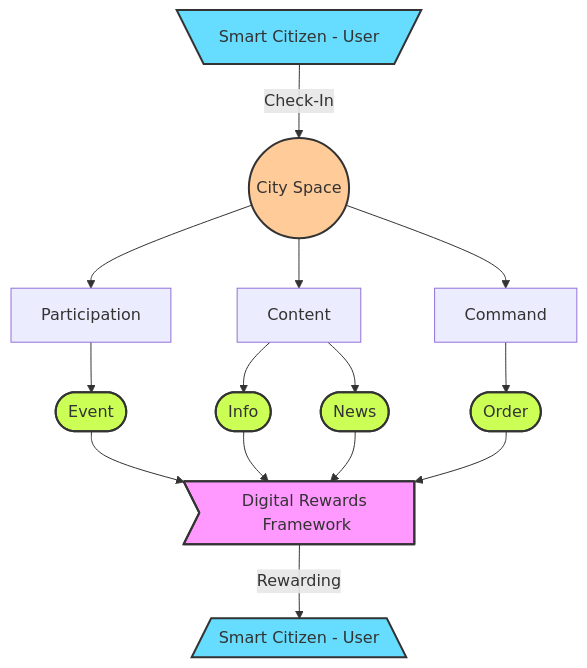
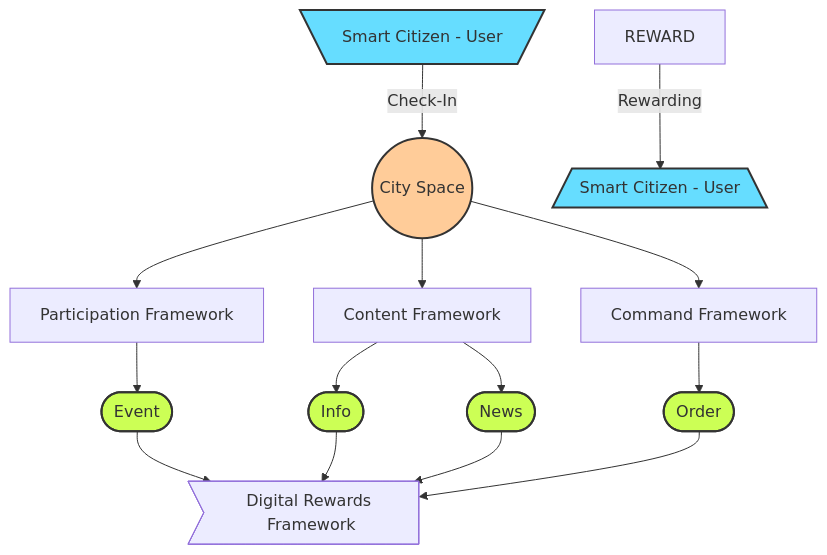
One commit to cityos-work/cityos-dev changed the second of 2 diagrams in pages/roadmap.md. Above: the diagram before and after it, drawn with Mermaid.

````diff
--- a/pages/roadmap.md
+++ b/pages/roadmap.md
@@ -80,24 +80,23 @@
 ```mermaid
 graph TB;
     USER[\Smart Citizen - User/]-- Check-In -->SPACE((City Space));
-    SPACE-->PARTICIPATION[Participation];
-    SPACE-->CONTENT[Content];
-    SPACE-->COMMAND[Command];
+    SPACE-->PARTICIPATION[Participation Framework];
+    SPACE-->CONTENT[Content Framework];
+    SPACE-->COMMAND[Command Framework];
     PARTICIPATION-->EVENT([Event]);
     CONTENT-->INFO([Info]);
     CONTENT-->NEWS([News]);
     COMMAND-->ORDER([Order]);
-    EVENT-->REWARD;
-    INFO-->REWARD;
-    NEWS-->REWARD;
-    ORDER-->REWARD>Digital Rewards Framework];
+    EVENT-->REWARDFRAMEWORK>Digital Rewards Framework];
+    INFO-->REWARDFRAMEWORK;
+    NEWS-->REWARDFRAMEWORK;
+    ORDER-->REWARDFRAMEWORK;
     REWARD-- Rewarding -->REWARDEDUSER[/Smart Citizen - User\];
     style USER fill:#6df,stroke:#333,stroke-width:2px
     style REWARDEDUSER fill:#6df,stroke:#333,stroke-width:2px
     style SPACE fill:#fc9,stroke:#333,stroke-width:2px
     style ORDER fill:#CF5, stroke:#333,stroke-width:2px
     style INFO fill:#CF5, stroke:#333,stroke-width:2px
     style NEWS fill:#CF5, stroke:#333,stroke-width:2px
-    style EVENT fill:#CF5, stroke:#333,stroke-width:2px
-    style REWARD fill:#f9f,stroke:#333,stroke-width:2px   
+    style EVENT fill:#CF5, stroke:#333,stroke-width:2px 
 ```
````
